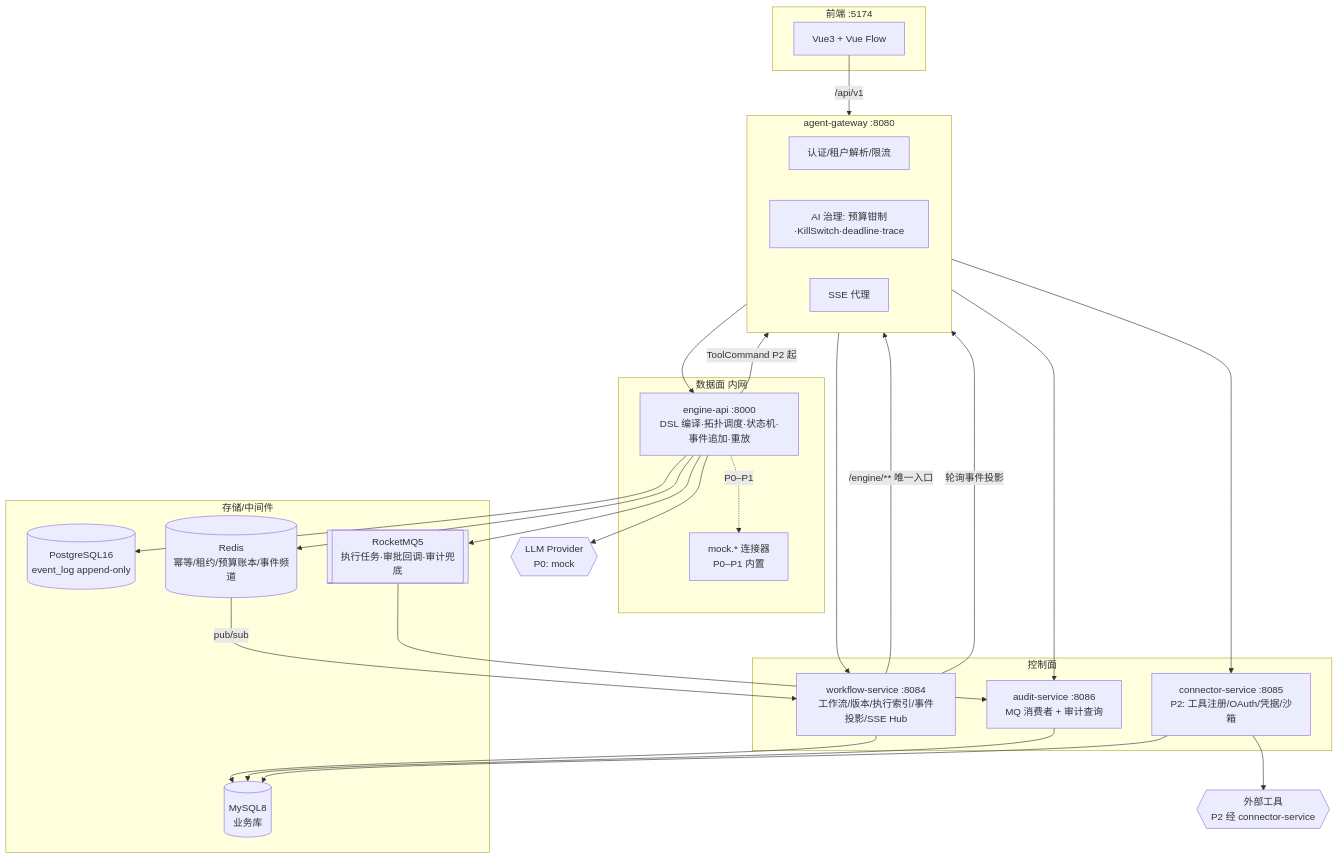
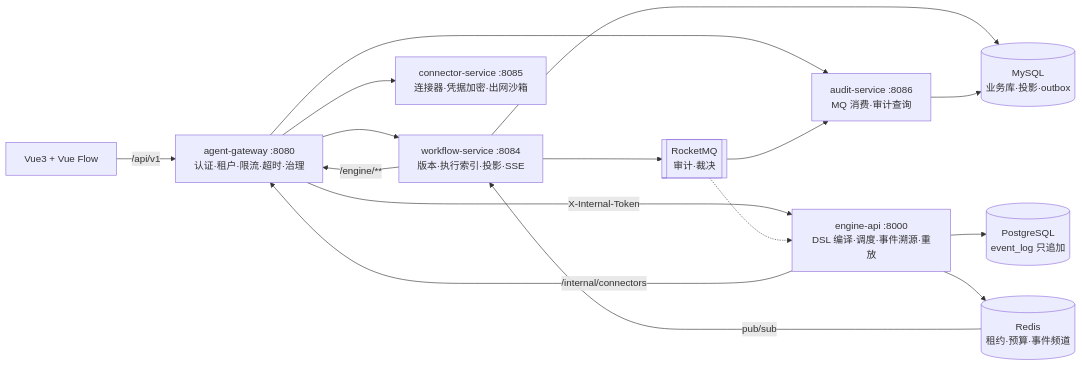
One commit to ybw0405-study/AgentFlow changed the diagram in docs/architecture.md. Above: the diagram before and after it, drawn with Mermaid. The commit also changed other lines of this file and 18 other files, not shown here.

````diff
--- a/docs/architecture.md
+++ b/docs/architecture.md
@@ -28,53 +9,18 @@
 ```mermaid
-flowchart TB
-    subgraph FE[前端 :5174]
-        VUE[Vue3 + Vue Flow]
-    end
-
-    subgraph GW[agent-gateway :8080]
-        SEC[认证/租户解析/限流]
-        GOV[AI 治理: 预算钳制·KillSwitch·deadline·trace]
-        SSEP[SSE 代理]
-    end
-
-    subgraph CP[控制面]
-        WF[workflow-service :8084<br/>工作流/版本/执行索引/事件投影/SSE Hub]
-        CONN[connector-service :8085<br/>P2: 工具注册/OAuth/凭据/沙箱]
-        AUD[audit-service :8086<br/>MQ 消费者 + 审计查询]
-    end
-
-    subgraph DP[数据面 内网]
-        ENG[engine-api :8000<br/>DSL 编译·拓扑调度·状态机·事件追加·重放]
-        MOCK[mock.* 连接器<br/>P0–P1 内置]
-    end
-
-    subgraph STORE[存储/中间件]
-        MYSQL[(MySQL8<br/>业务库)]
-        PG[(PostgreSQL16<br/>event_log append-only)]
-        REDIS[(Redis<br/>幂等/租约/预算账本/事件频道)]
-        MQ[[RocketMQ5<br/>执行任务·审批回调·审计兜底]]
-    end
-
-    LLM{{LLM Provider<br/>P0: mock}}
-    TOOL{{外部工具<br/>P2 经 connector-service}}
-
-    VUE -->|/api/v1| GW
-    GW --> WF
-    GW --> CONN
-    GW --> AUD
-    WF -->|/engine/** 唯一入口| GW
-    GW --> ENG
-    ENG -->|ToolCommand P2 起| GW
-    ENG --> PG
-    ENG --> REDIS
-    ENG --> MQ
-    ENG --> LLM
-    ENG -.->|P0–P1| MOCK
-    WF --> MYSQL
-    AUD --> MYSQL
-    CONN --> MYSQL
-    WF -->|轮询事件投影| GW
-    REDIS -->|pub/sub| WF
+flowchart LR
+    FE[Vue3 + Vue Flow] -->|/api/v1| GW[agent-gateway :8080<br/>认证·租户·限流·超时·治理]
+    GW --> WF[workflow-service :8084<br/>版本·执行索引·投影·SSE]
+    GW --> CONN[connector-service :8085<br/>连接器·凭据加密·出网沙箱]
+    GW --> AUD[audit-service :8086<br/>MQ 消费·审计查询]
+    WF -->|/engine/**| GW
+    GW -->|X-Internal-Token| ENG[engine-api :8000<br/>DSL 编译·调度·事件溯源·重放]
+    ENG -->|/internal/connectors| GW
+    ENG --> PG[(PostgreSQL<br/>event_log 只追加)]
+    ENG --> RD[(Redis<br/>租约·预算·事件频道)]
+    WF --> MY[(MySQL<br/>业务库·投影·outbox)]
+    AUD --> MY
+    WF --> MQ[[RocketMQ<br/>审计·裁决]]
     MQ --> AUD
-    CONN --> TOOL
+    MQ -.-> ENG
+    RD -->|pub/sub| WF
 ```
````
